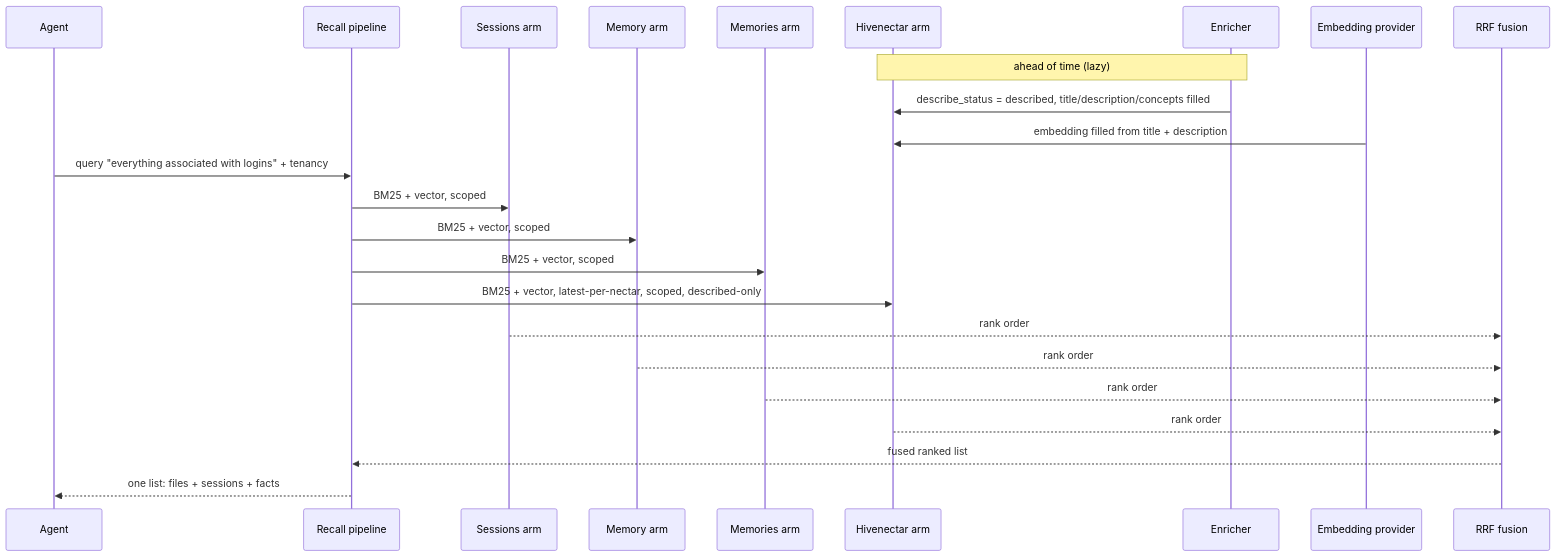
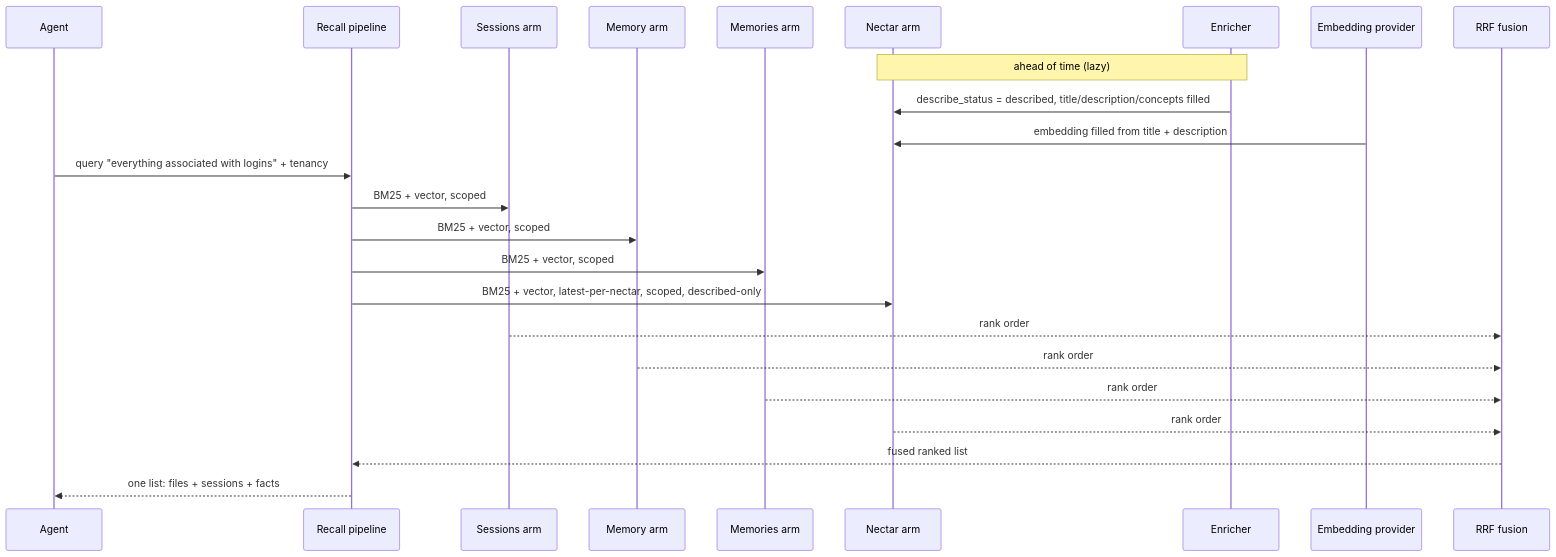
The diagram in library/knowledge/private/data/recall-integration-deep-dive/recall-integration-ecosystem-story-arc.md (legioncodeinc/nectar), drawn with Mermaid before and after one commit. The commit also changed other lines of this file and 337 other files, not shown here.

````diff
--- a/library/knowledge/private/data/recall-integration-deep-dive/recall-integration-ecosystem-story-arc.md
+++ b/library/knowledge/private/data/recall-integration-deep-dive/recall-integration-ecosystem-story-arc.md
@@ -91,28 +91,28 @@
 ```mermaid
 sequenceDiagram
     participant agent as Agent
     participant recall as Recall pipeline
     participant sessions as Sessions arm
     participant memory as Memory arm
     participant memories as Memories arm
-    participant hivenectar as Hivenectar arm
+    participant nectar as Nectar arm
     participant enricher as Enricher
     participant embeddings as Embedding provider
     participant rrf as RRF fusion
 
-    Note over enricher,hivenectar: ahead of time (lazy)
-    enricher->>hivenectar: describe_status = described, title/description/concepts filled
-    embeddings->>hivenectar: embedding filled from title + description
+    Note over enricher,nectar: ahead of time (lazy)
+    enricher->>nectar: describe_status = described, title/description/concepts filled
+    embeddings->>nectar: embedding filled from title + description
 
     agent->>recall: query "everything associated with logins" + tenancy
     recall->>sessions: BM25 + vector, scoped
     recall->>memory: BM25 + vector, scoped
     recall->>memories: BM25 + vector, scoped
-    recall->>hivenectar: BM25 + vector, latest-per-nectar, scoped, described-only
+    recall->>nectar: BM25 + vector, latest-per-nectar, scoped, described-only
     sessions-->>rrf: rank order
     memory-->>rrf: rank order
     memories-->>rrf: rank order
-    hivenectar-->>rrf: rank order
+    nectar-->>rrf: rank order
     rrf-->>recall: fused ranked list
     recall-->>agent: one list: files + sessions + facts
 ```
````
